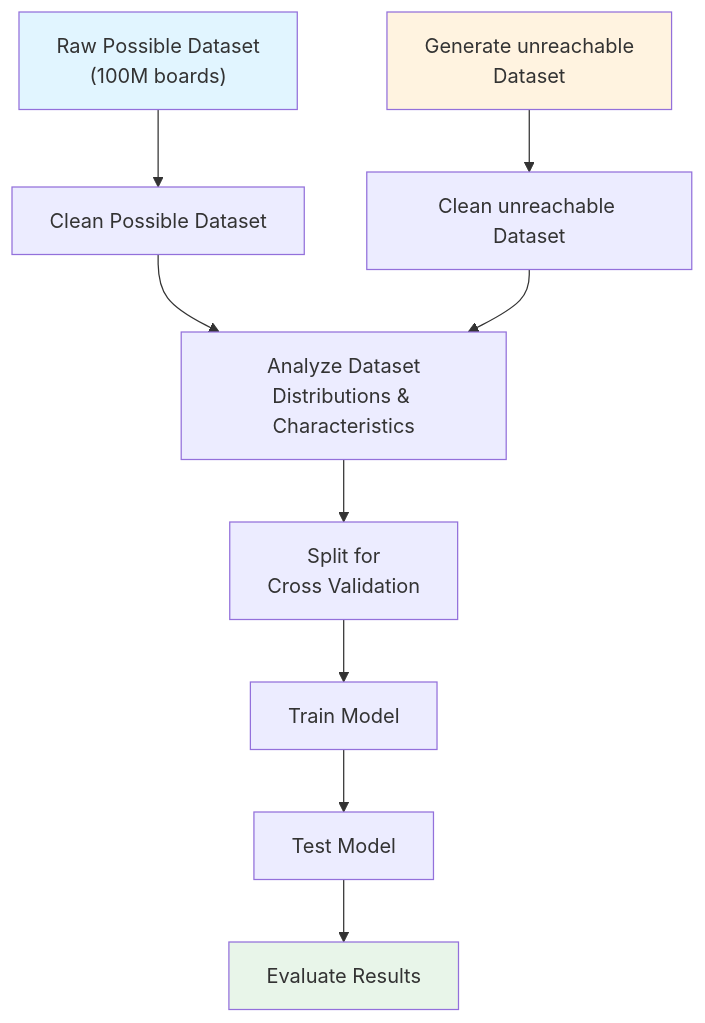
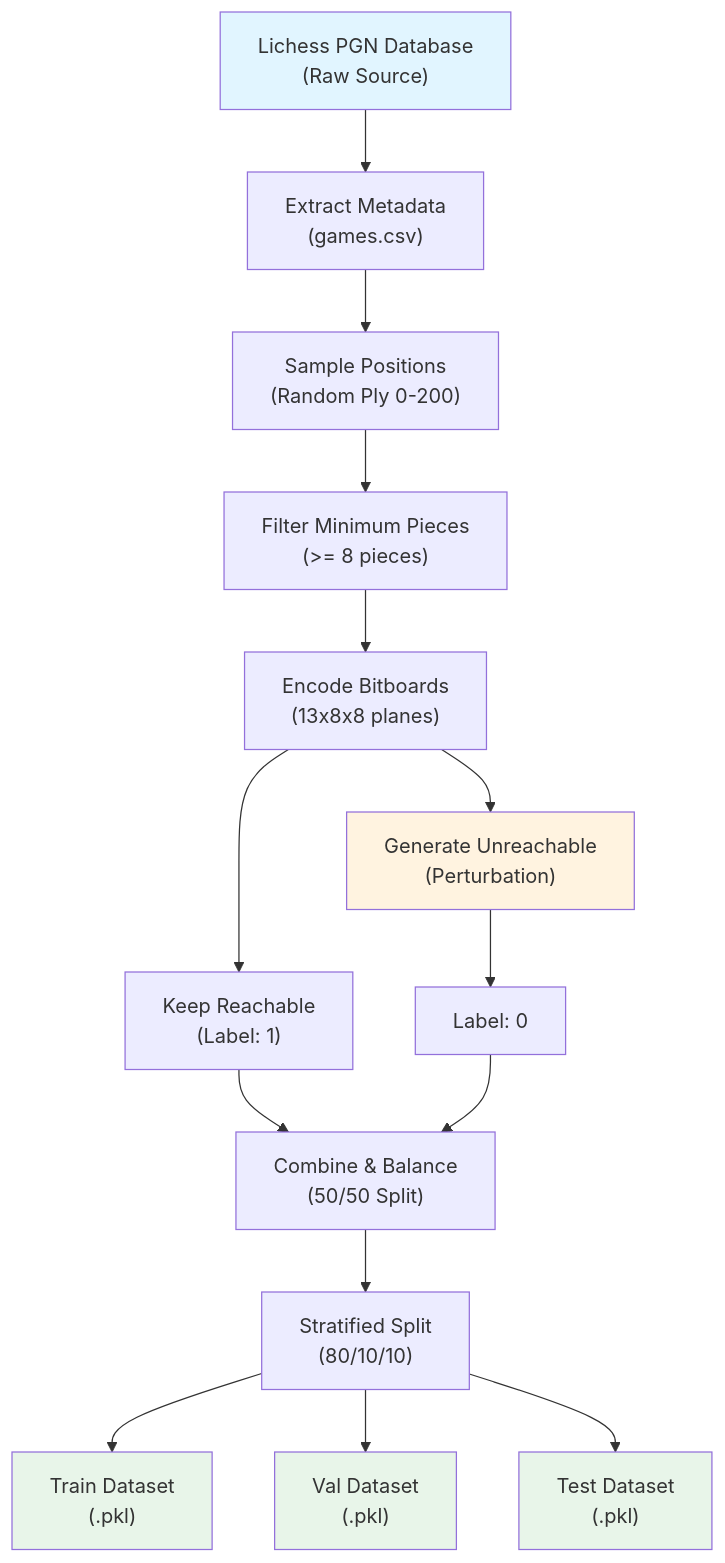
Before and after one commit to RAGNAROS-HS/Simurgh: the diagram in Readme.md, drawn with Mermaid. The commit also changed other lines of this file, not shown here.

````diff
--- a/Readme.md
+++ b/Readme.md
@@ -120,17 +120,26 @@
 ```mermaid
 graph TD
-    A["Raw Possible Dataset<br/>(100M boards)"] --> B["Clean Possible Dataset"]
-    B --> C["Analyze Dataset<br/>Distributions & Characteristics"]
+    A["Lichess PGN Database<br/>(Raw Source)"] --> B["Extract Metadata<br/>(games.csv)"]
+    B --> C["Sample Positions<br/>(Random Ply 0-200)"]
+    C --> D["Filter Minimum Pieces<br/>(>= 8 pieces)"]
+    D --> E["Encode Bitboards<br/>(13x8x8 planes)"]
     
-    D["Generate unreachable<br/>Dataset"] --> E["Clean unreachable Dataset"]
-    E --> C
+    E --> F["Generate Unreachable<br/>(Perturbation)"]
+    E --> G["Keep Reachable<br/>(Label: 1)"]
+    F --> H["Label: 0"]
     
-    C --> F["Split for<br/>Cross Validation"]
-    F --> G["Train Model"]
-    G --> H["Test Model"]
-    H --> I["Evaluate Results"]
+    G --> I["Combine & Balance<br/>(50/50 Split)"]
+    H --> I
     
+    I --> J["Stratified Split<br/>(80/10/10)"]
+    
+    J --> K["Train Dataset<br/>(.pkl)"]
+    J --> L["Val Dataset<br/>(.pkl)"]
+    J --> M["Test Dataset<br/>(.pkl)"]
+
     style A fill:#e1f5ff
-    style D fill:#fff3e0
-    style I fill:#e8f5e9
+    style F fill:#fff3e0
+    style K fill:#e8f5e9
+    style L fill:#e8f5e9
+    style M fill:#e8f5e9
 ```
````
